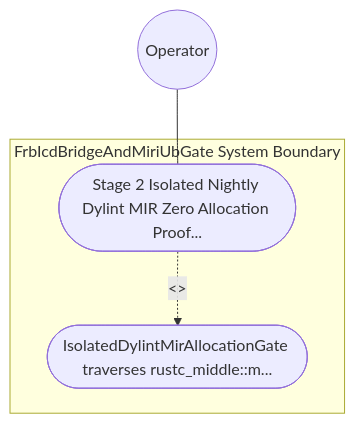
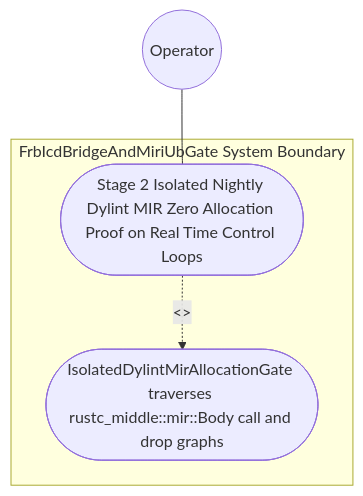
The first of 2 diagrams in .pipeline/upstream/docs/use-cases/UC-46-Stage_2_Isolated_Nightly_Dylint_MIR_Zero_Allocation_Proof_on_Real_Time_Control_Loops.md (gintatkinson/DEAP01-spec-core), drawn with Mermaid before and after one commit. The commit also changed other lines of this file and 225 other files, not shown here.

````diff
--- a/.pipeline/upstream/docs/use-cases/UC-46-Stage_2_Isolated_Nightly_Dylint_MIR_Zero_Allocation_Proof_on_Real_Time_Control_Loops.md
+++ b/.pipeline/upstream/docs/use-cases/UC-46-Stage_2_Isolated_Nightly_Dylint_MIR_Zero_Allocation_Proof_on_Real_Time_Control_Loops.md
@@ -16,9 +19,9 @@
 ```mermaid
 graph TD
     subgraph "FrbIcdBridgeAndMiriUbGate System Boundary"
-        UC_Main(["Stage 2 Isolated Nightly Dylint MIR Zero Allocation Proof..."])
-        UC_Step01(["IsolatedDylintMirAllocationGate traverses rustc_middle::m..."])
+        UC_Main(["Stage 2 Isolated Nightly Dylint MIR Zero Allocation Proof on Real Time Control Loops"])
+        UC_Step01(["IsolatedDylintMirAllocationGate traverses rustc_middle::mir::Body call and drop graphs"])
     end
     Operator(("Operator")) --- UC_Main
     UC_Main -. "<<include>>" .-> UC_Step01
 ```
````
